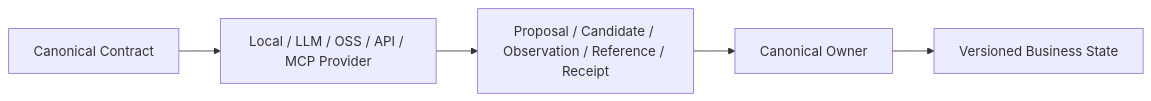
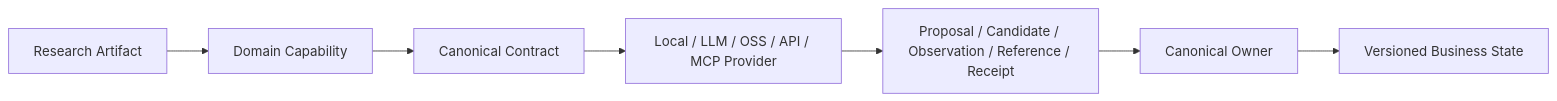
One commit to ProfessorZhi/Zuno changed the fourth of 14 diagrams in docs/architecture/architecture-views.md. Above: the diagram before and after it, drawn with Mermaid. The commit also changed other lines of this file and 1 other file, not shown here.

Commit message:
docs: sharpen zuno domain agent product thesis

````diff
--- a/docs/architecture/architecture-views.md
+++ b/docs/architecture/architecture-views.md
@@ -76,9 +76,10 @@
 ```mermaid
 flowchart LR
-  CONTRACT[Canonical Contract]
+  RESEARCH[Research Artifact] --> CAP[Domain Capability]
+  CAP --> CONTRACT[Canonical Contract]
   PROVIDER[Local / LLM / OSS / API / MCP Provider]
   PROPOSAL[Proposal / Candidate / Observation / Reference / Receipt]
   OWNER[Canonical Owner]
   CONTRACT --> PROVIDER --> PROPOSAL --> OWNER
   OWNER --> VERSION[Versioned Business State]
 ```
````
